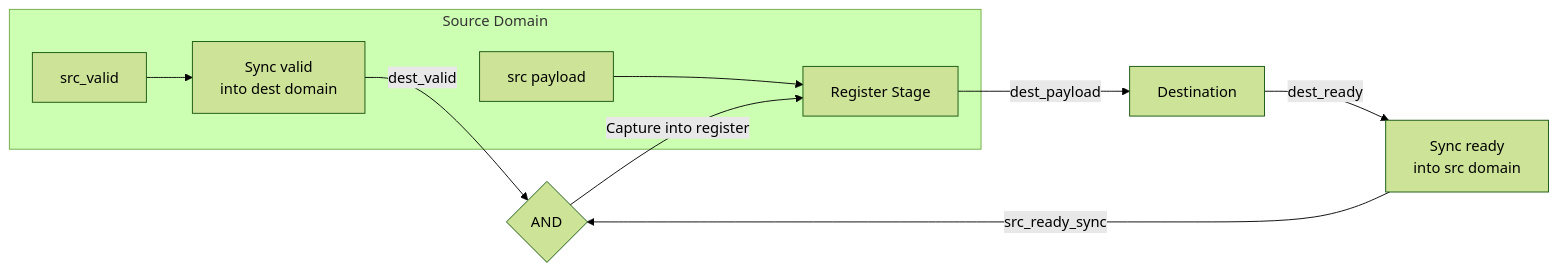
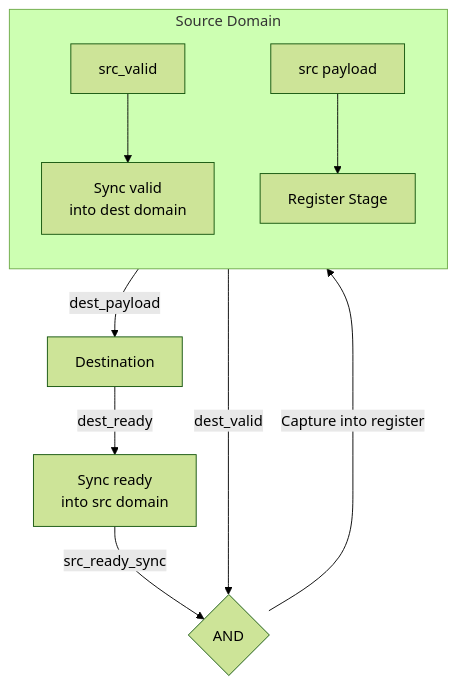
One commit to Wty2003328/ai_infra_intro changed the third of 6 diagrams in hardware_design/Architecture/AHB_AXI_APB.md. Above: the diagram before and after it, drawn with Mermaid (forest theme). The commit also changed other lines of this file and 13 other files, not shown here.

````diff
--- a/hardware_design/Architecture/AHB_AXI_APB.md
+++ b/hardware_design/Architecture/AHB_AXI_APB.md
@@ -1432,12 +1434,13 @@
 ```mermaid
-flowchart LR
+flowchart TB
     subgraph Source Domain
-        S_VALID[src_valid] --> SYNC_V[Sync valid<br>into dest domain]
+        direction TB
+        S_VALID[src_valid] --> SYNC_V[Sync valid<br/>into dest domain]
         S_PAYLOAD[src payload] --> REG_P[Register Stage]
     end
     SYNC_V -->|dest_valid| AND1{AND}
     REG_P -->|dest_payload| DEST[Destination]
-    DEST -->|dest_ready| SYNC_R[Sync ready<br>into src domain]
+    DEST -->|dest_ready| SYNC_R[Sync ready<br/>into src domain]
     SYNC_R -->|src_ready_sync| AND1
     AND1 -->|Capture into register| REG_P
 ```
````
